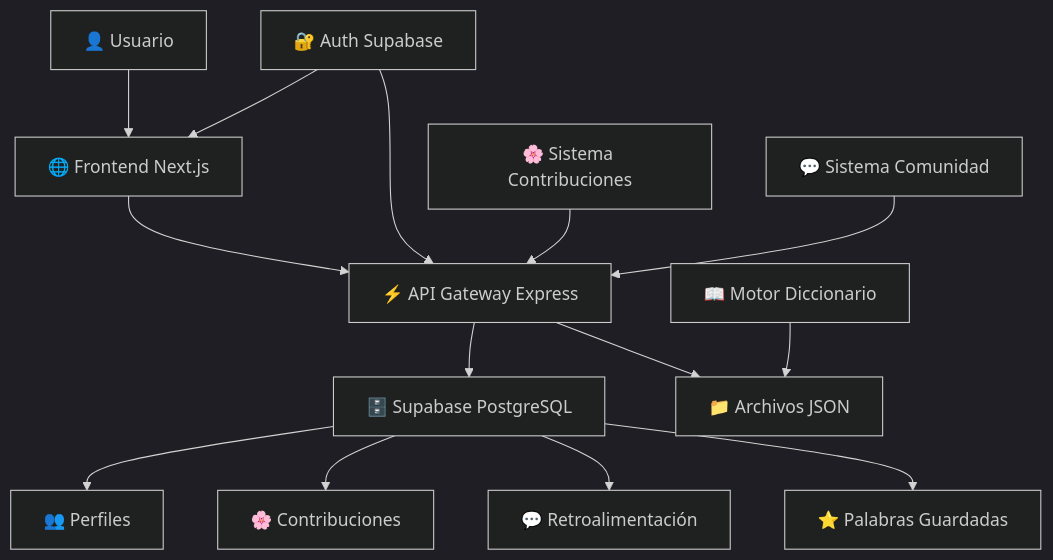
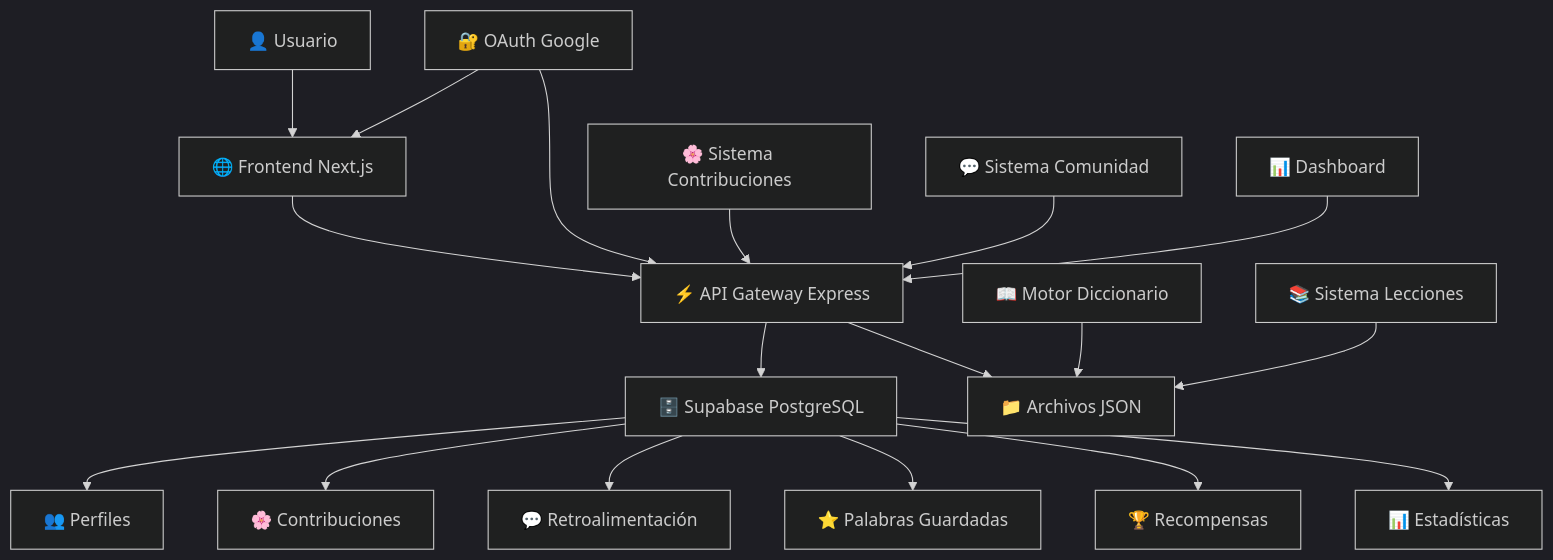
One commit to joseorteha/nahuatl-web changed the first of 5 diagrams in Readme.md. Above: the diagram before and after it, drawn with Mermaid (dark theme). The commit also changed other lines of this file, not shown here.

````diff
--- a/Readme.md
+++ b/Readme.md
@@ -180,19 +123,23 @@
 ```mermaid
 graph TB
     A[👤 Usuario] --> B[🌐 Frontend Next.js]
     B --> C[⚡ API Gateway Express]
     C --> D[🗄️ Supabase PostgreSQL]
     C --> E[📁 Archivos JSON]
     
-    F[🔐 Auth Supabase] --> B
+    F[🔐 OAuth Google] --> B
     F --> C
     
     G[🌸 Sistema Contribuciones] --> C
     H[💬 Sistema Comunidad] --> C
     I[📖 Motor Diccionario] --> E
+    J[📚 Sistema Lecciones] --> E
+    K[📊 Dashboard] --> C
     
-    D --> J[👥 Perfiles]
-    D --> K[🌸 Contribuciones]
-    D --> L[💬 Retroalimentación]
-    D --> M[⭐ Palabras Guardadas]
+    D --> L[👥 Perfiles]
+    D --> M[🌸 Contribuciones]
+    D --> N[💬 Retroalimentación]
+    D --> O[⭐ Palabras Guardadas]
+    D --> P[🏆 Recompensas]
+    D --> Q[📊 Estadísticas]
 ```
````
